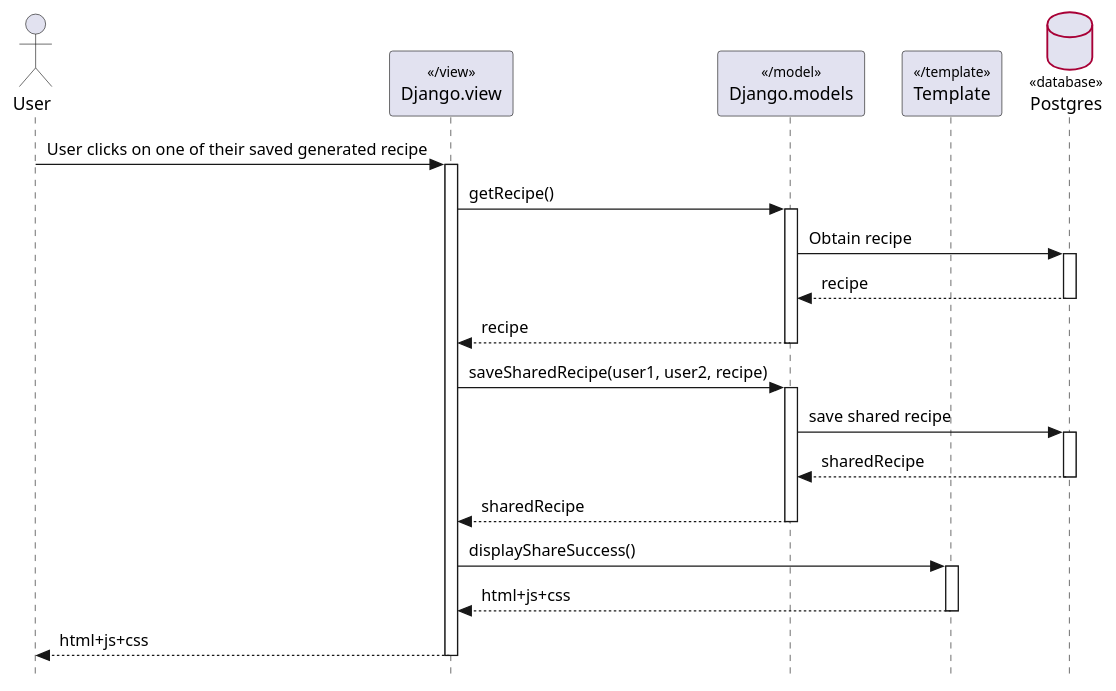
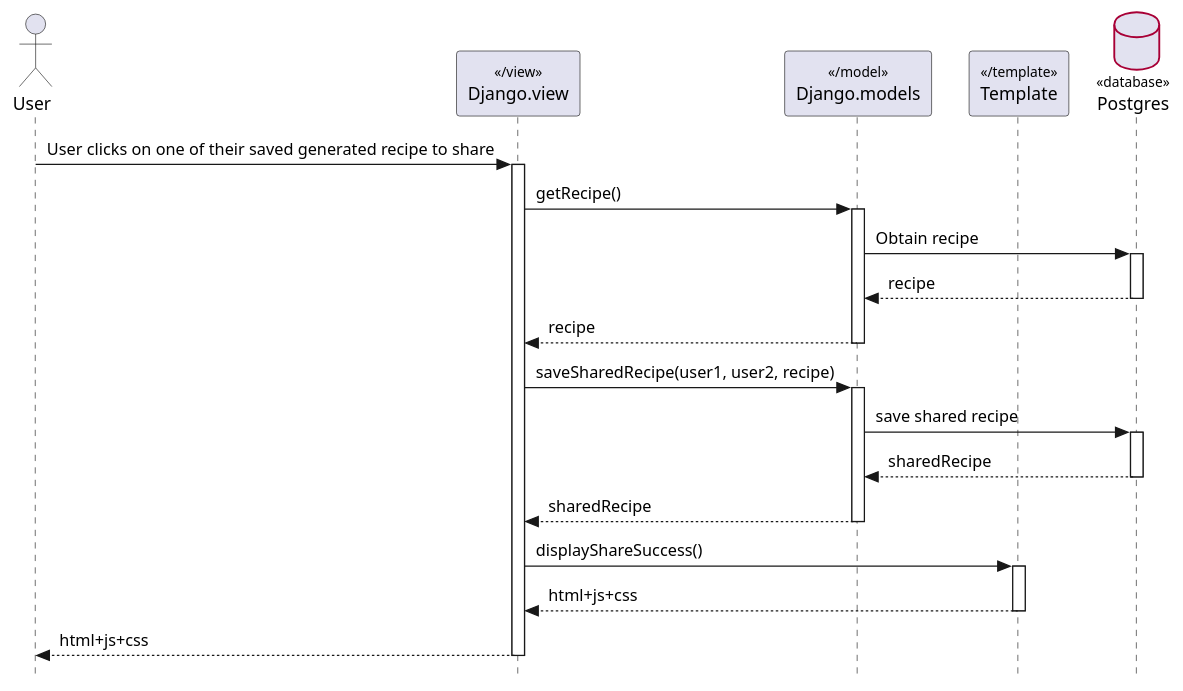
Before and after one commit to bluewolf44/PantryPal: the diagram in Diagrams/UserSharesRecipe.puml, drawn with PlantUML.

Commit message:
slight change to share recipe diagram

```diff
--- a/Diagrams/UserSharesRecipe.puml
+++ b/Diagrams/UserSharesRecipe.puml
@@ -1,55 +1,55 @@
 @startuml shareRecipe
 
 ' === Style Tweaks ===
 
 skinparam {
   Style StrictUML
   RoundCorner 5
   ParticipantPadding 10
   Padding 2
   SequenceStereotype {
     Font {
       Size 11
       Style plain
     }
   }
   Database {
 	BorderColor #A80036
   }
 }
 
 
 ' === Actors / Participants
 
 actor "User" as user
 participant "Django.view" as view <</view>>
 participant "Django.models" as model <</model>>
 participant "Template" as template <</template>>
 database "Postgres" as db <<database>>
 
 
 ' === Interactions ===
 
-user -> view++ : User clicks on one of their saved generated recipe
+user -> view++ : User clicks on one of their saved generated recipe to share
 
 view -> model++ : getRecipe()
 
 model -> db++: Obtain recipe
 
 return recipe
 return recipe
 
 view -> model++ : saveSharedRecipe(user1, user2, recipe)
 
 model -> db++ : save shared recipe
 
 return sharedRecipe
 return sharedRecipe
 
 view -> template++ :displayShareSuccess()
 return html+js+css
 return html+js+css
 
 
 
 @enduml
```
